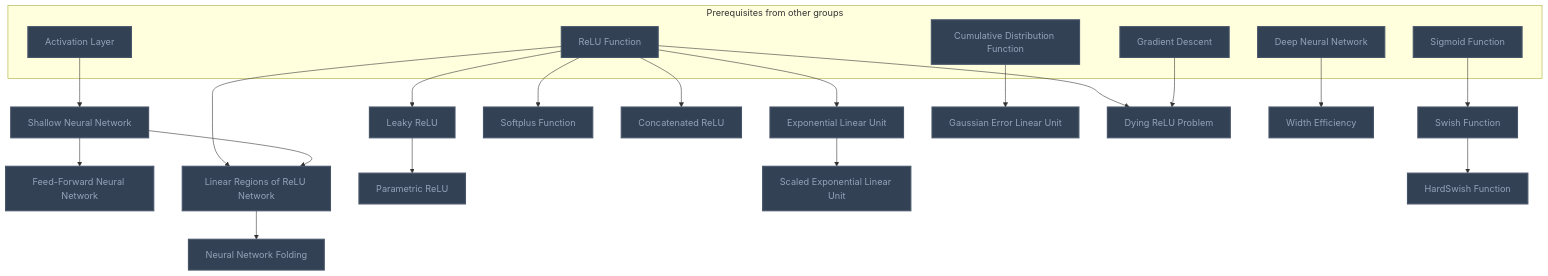
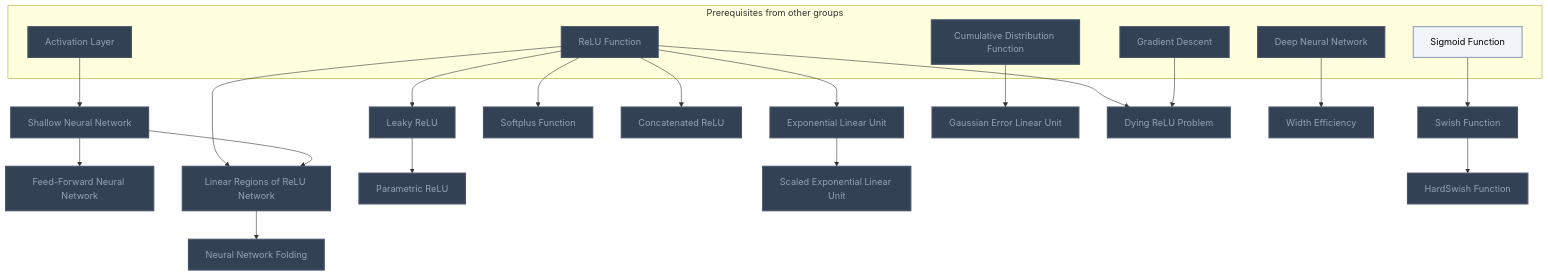
One commit to MRauf1/My-Notes changed the third of 21 diagrams in Gamification/Skill Trees/Deep Learning.md. Above: the diagram before and after it, drawn with Mermaid. The commit also changed other lines of this file and 156 other files, not shown here.

````diff
--- a/Gamification/Skill Trees/Deep Learning.md
+++ b/Gamification/Skill Trees/Deep Learning.md
@@ -122,54 +125,55 @@
 ```mermaid
 flowchart TD
     classDef planned fill:#1E293B,stroke:#64748B,stroke-width:2px,stroke-dasharray:5 5,color:#94A3B8;
     classDef locked fill:#334155,stroke:#475569,stroke-width:2px,color:#94A3B8;
     classDef L0 fill:#F1F5F9,stroke:#94A3B8,stroke-width:2px,color:#000000;
     classDef L1 fill:#22C55E,stroke:#15803D,stroke-width:2px,color:#000000;
     classDef L2 fill:#3B82F6,stroke:#1D4ED8,stroke-width:3px,color:#FFFFFF;
     classDef L3 fill:#A855F7,stroke:#6B21A8,stroke-width:3px,color:#FFFFFF,font-weight:bold;
     classDef L4 fill:#F97316,stroke:#C2410C,stroke-width:4px,color:#000000,font-weight:bold;
     classDef L5 fill:#FFD700,stroke:#FF8C00,stroke-width:5px,color:#000000,font-weight:bold;
     classDef rusty stroke:#8B4513,stroke-width:4px,stroke-dasharray:3 3;
     subgraph sg_prereqs["Prerequisites from other groups"]
         n_activation_layer["Activation Layer"]
         n_relu_function["ReLU Function"]
         n_sigmoid_function["Sigmoid Function"]
         n_cumulative_distribution_function["Cumulative Distribution Function"]
         n_gradient_descent["Gradient Descent"]
         n_deep_neural_network["Deep Neural Network"]
     end
     n_shallow_neural_network["Shallow Neural Network"]
     n_feed_forward_neural_network["Feed-Forward Neural Network"]
     n_linear_regions_of_relu_network["Linear Regions of ReLU Network"]
     n_leaky_relu["Leaky ReLU"]
     n_parametric_relu["Parametric ReLU"]
     n_exponential_linear_unit["Exponential Linear Unit"]
     n_scaled_exponential_linear_unit["Scaled Exponential Linear Unit"]
     n_softplus_function["Softplus Function"]
     n_concatenated_relu["Concatenated ReLU"]
     n_swish_function["Swish Function"]
     n_hardswish_function["HardSwish Function"]
     n_gaussian_error_linear_unit["Gaussian Error Linear Unit"]
     n_dying_relu_problem["Dying ReLU Problem"]
     n_neural_network_folding["Neural Network Folding"]
     n_width_efficiency["Width Efficiency"]
     n_activation_layer --> n_shallow_neural_network
     n_shallow_neural_network --> n_feed_forward_neural_network
     n_relu_function --> n_linear_regions_of_relu_network
     n_shallow_neural_network --> n_linear_regions_of_relu_network
     n_relu_function --> n_leaky_relu
     n_leaky_relu --> n_parametric_relu
     n_relu_function --> n_exponential_linear_unit
     n_exponential_linear_unit --> n_scaled_exponential_linear_unit
     n_relu_function --> n_softplus_function
     n_relu_function --> n_concatenated_relu
     n_sigmoid_function --> n_swish_function
     n_swish_function --> n_hardswish_function
     n_cumulative_distribution_function --> n_gaussian_error_linear_unit
     n_relu_function --> n_dying_relu_problem
     n_gradient_descent --> n_dying_relu_problem
     n_linear_regions_of_relu_network --> n_neural_network_folding
     n_deep_neural_network --> n_width_efficiency
-    class n_activation_layer,n_relu_function,n_sigmoid_function,n_cumulative_distribution_function,n_gradient_descent,n_deep_neural_network,n_shallow_neural_network,n_feed_forward_neural_network,n_linear_regions_of_relu_network,n_leaky_relu,n_parametric_relu,n_exponential_linear_unit,n_scaled_exponential_linear_unit,n_softplus_function,n_concatenated_relu,n_swish_function,n_hardswish_function,n_gaussian_error_linear_unit,n_dying_relu_problem,n_neural_network_folding,n_width_efficiency locked;
+    class n_activation_layer,n_relu_function,n_cumulative_distribution_function,n_gradient_descent,n_deep_neural_network,n_shallow_neural_network,n_feed_forward_neural_network,n_linear_regions_of_relu_network,n_leaky_relu,n_parametric_relu,n_exponential_linear_unit,n_scaled_exponential_linear_unit,n_softplus_function,n_concatenated_relu,n_swish_function,n_hardswish_function,n_gaussian_error_linear_unit,n_dying_relu_problem,n_neural_network_folding,n_width_efficiency locked;
+    class n_sigmoid_function L0;
     class n_activation_layer,n_relu_function,n_sigmoid_function,n_cumulative_distribution_function,n_gradient_descent,n_deep_neural_network,n_shallow_neural_network,n_feed_forward_neural_network,n_linear_regions_of_relu_network,n_leaky_relu,n_parametric_relu,n_exponential_linear_unit,n_scaled_exponential_linear_unit,n_softplus_function,n_concatenated_relu,n_swish_function,n_hardswish_function,n_gaussian_error_linear_unit,n_dying_relu_problem,n_neural_network_folding,n_width_efficiency internal-link;
 ```
````
